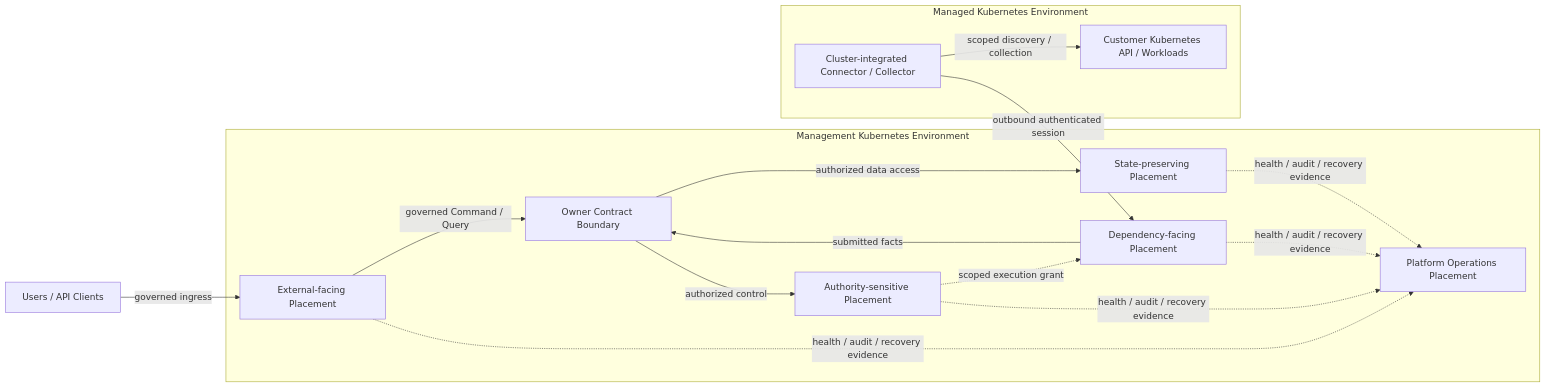
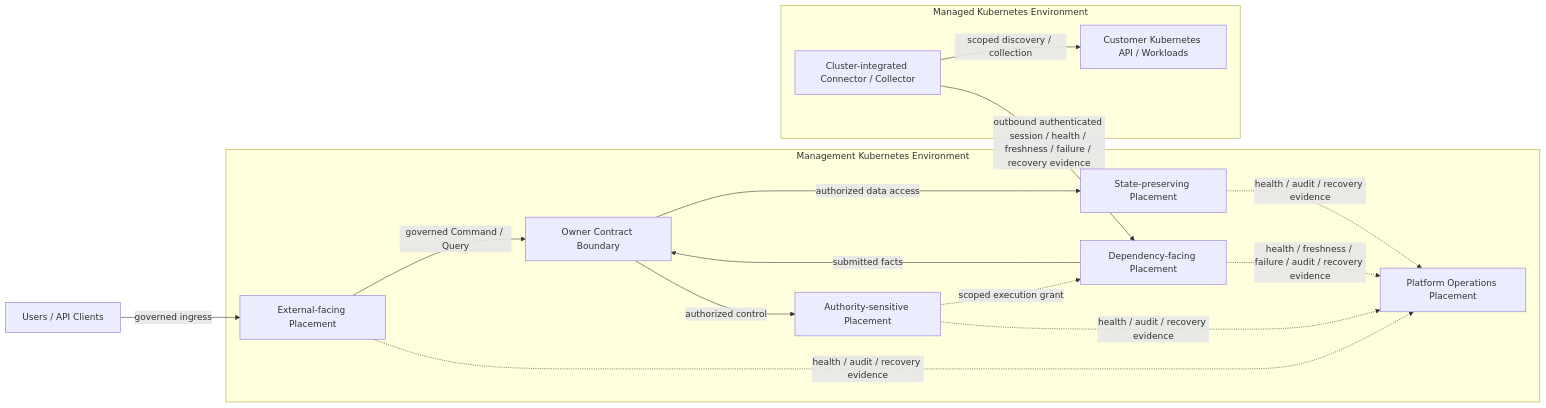
The diagram in docs/infrastructure/kubernetes-topology.md (Sakuya1998/cop-architecture), drawn with Mermaid before and after one commit. The commit also changed other lines of this file, not shown here.

````diff
--- a/docs/infrastructure/kubernetes-topology.md
+++ b/docs/infrastructure/kubernetes-topology.md
@@ -176,31 +179,31 @@
 ```mermaid
 flowchart LR
   USERS["Users / API Clients"]
 
   subgraph MGMT["Management Kubernetes Environment"]
     INGRESS["External-facing Placement"]
     OWNER["Owner Contract Boundary"]
     CONTROL["Authority-sensitive Placement"]
     EXEC["Dependency-facing Placement"]
     DATA["State-preserving Placement"]
     OPS["Platform Operations Placement"]
   end
 
   subgraph MANAGED["Managed Kubernetes Environment"]
     CONNECTOR["Cluster-integrated Connector / Collector"]
     LOCAL["Customer Kubernetes API / Workloads"]
   end
 
   USERS -->|"governed ingress"| INGRESS
   INGRESS -->|"governed Command / Query"| OWNER
   OWNER -->|"authorized control"| CONTROL
   CONTROL -.->|"scoped execution grant"| EXEC
   EXEC -->|"submitted facts"| OWNER
   OWNER -->|"authorized data access"| DATA
   INGRESS -.->|"health / audit / recovery evidence"| OPS
   CONTROL -.->|"health / audit / recovery evidence"| OPS
-  EXEC -.->|"health / audit / recovery evidence"| OPS
+  EXEC -.->|"health / freshness / failure / audit / recovery evidence"| OPS
   DATA -.->|"health / audit / recovery evidence"| OPS
-  CONNECTOR -->|"outbound authenticated session"| EXEC
+  CONNECTOR -->|"outbound authenticated session / health / freshness / failure / recovery evidence"| EXEC
   CONNECTOR -->|"scoped discovery / collection"| LOCAL
 ```
````
